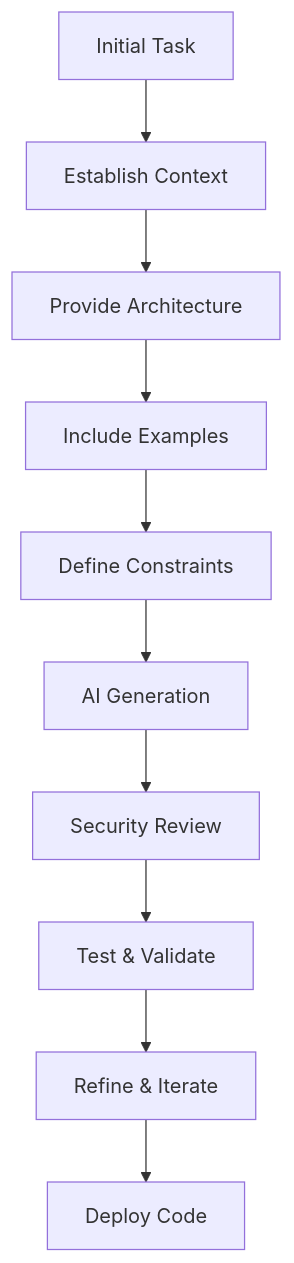
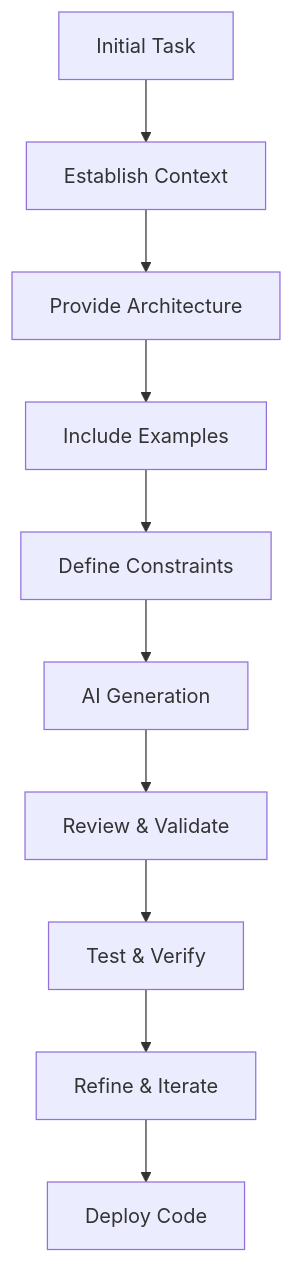
One commit to corylanou/goCodeSchool changed the diagram in tutorials/advanced-ai-prompting.md. Above: the diagram before and after it, drawn with Mermaid. The commit also changed other lines of this file, not shown here.

````diff
--- a/tutorials/advanced-ai-prompting.md
+++ b/tutorials/advanced-ai-prompting.md
@@ -15,12 +15,12 @@
 ```mermaid
 graph TD
     Start[Initial Task] --> Context[Establish Context]
     Context --> Architecture[Provide Architecture]
     Architecture --> Examples[Include Examples]
     Examples --> Constraints[Define Constraints]
     Constraints --> Generate[AI Generation]
-    Generate --> Review[Security Review]
-    Review --> Test[Test & Validate]
+    Generate --> Review[Review & Validate]
+    Review --> Test[Test & Verify]
     Test --> Iterate[Refine & Iterate]
     Iterate --> Deploy[Deploy Code]
 ```
````
